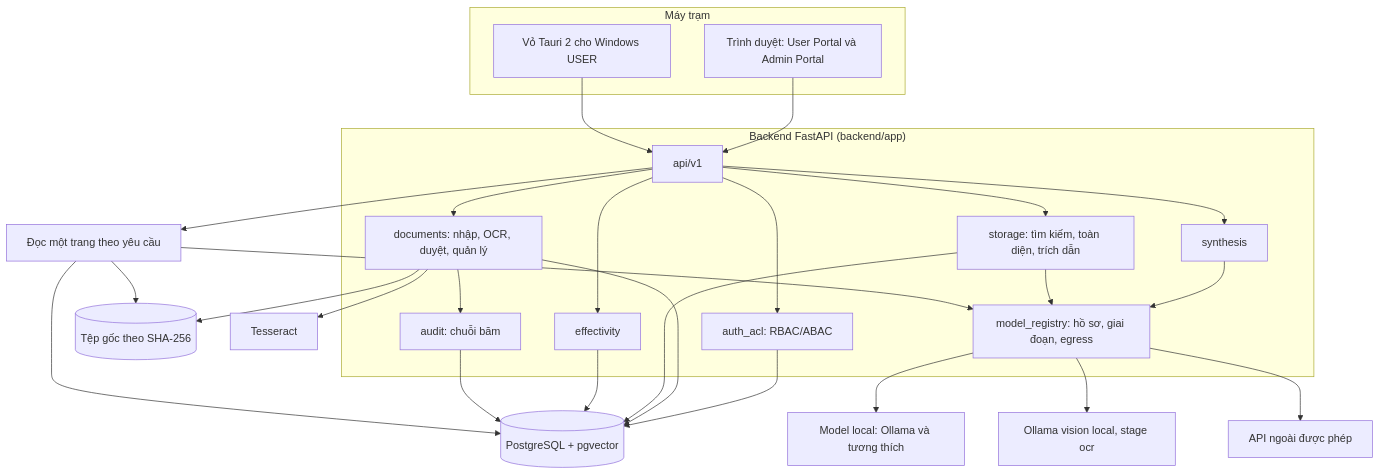
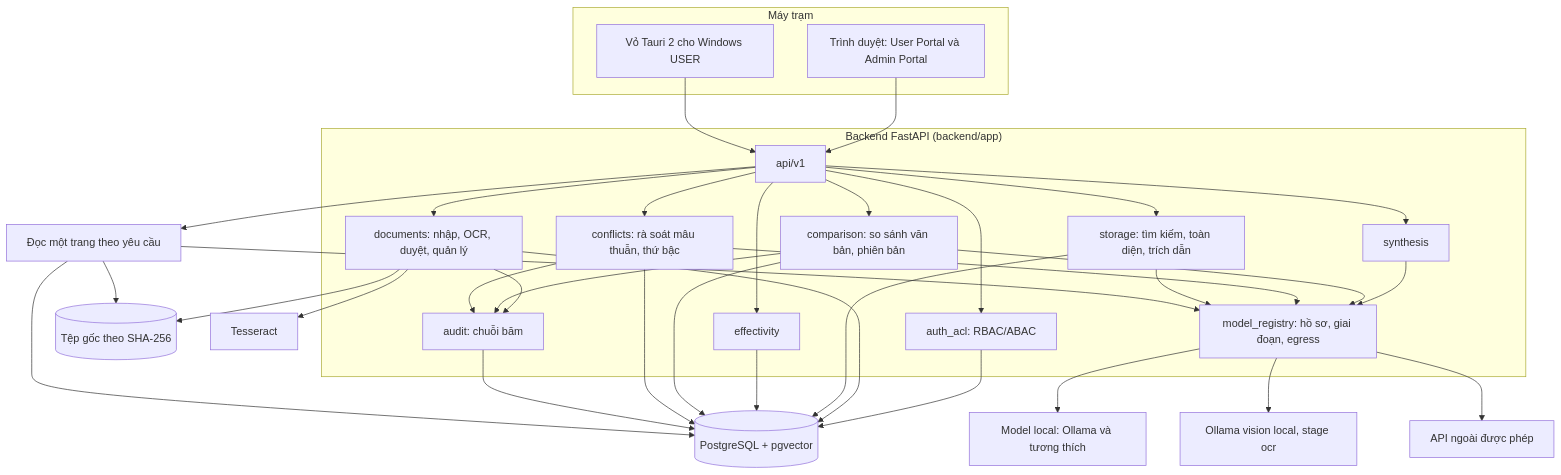
Before and after one commit to deviouslove-ship-it/Evidence_RAG_Handoff: the diagram in docs/vi/ARCHITECTURE_OVERVIEW.md, drawn with Mermaid. The commit also changed other lines of this file and 11 other files, not shown here.

````diff
--- a/docs/vi/ARCHITECTURE_OVERVIEW.md
+++ b/docs/vi/ARCHITECTURE_OVERVIEW.md
@@ -9,43 +9,53 @@
 ```mermaid
 flowchart TB
   subgraph Clients["Máy trạm"]
     W[Trình duyệt: User Portal và Admin Portal]
     D[Vỏ Tauri 2 cho Windows USER]
   end
   subgraph Server["Backend FastAPI (backend/app)"]
     API[api/v1]
     AUTH[auth_acl: RBAC/ABAC]
     DOC[documents: nhập, OCR, duyệt, quản lý]
     SRCH[storage: tìm kiếm, toàn diện, trích dẫn]
     EFF[effectivity]
     SYN[synthesis]
+    CMP[comparison: so sánh văn bản, phiên bản]
+    CNF[conflicts: rà soát mâu thuẫn, thứ bậc]
     REG[model_registry: hồ sơ, giai đoạn, egress]
     AUD[audit: chuỗi băm]
   end
   W --> API
   D --> API
   API --> AUTH
   API --> DOC
   API --> SRCH
   API --> EFF
   API --> SYN
+  API --> CMP
+  API --> CNF
   SYN --> REG
+  CMP --> REG
+  CNF --> REG
   SRCH --> REG
   DOC --> AUD
+  CMP --> AUD
+  CNF --> AUD
   DB[(PostgreSQL + pgvector)]
   FS[(Tệp gốc theo SHA-256)]
   AUTH --> DB
   DOC --> DB
   DOC --> FS
   SRCH --> DB
   EFF --> DB
+  CMP --> DB
+  CNF --> DB
   AUD --> DB
   REG --> LM[Model local: Ollama và tương thích]
   REG --> OCRAI[Ollama vision local, stage ocr]
   REG --> EX[API ngoài được phép]
   DOC --> OCR[Tesseract]
   API --> PAGE[Đọc một trang theo yêu cầu]
   PAGE --> DB
   PAGE --> FS
   PAGE --> REG
 ```
````
